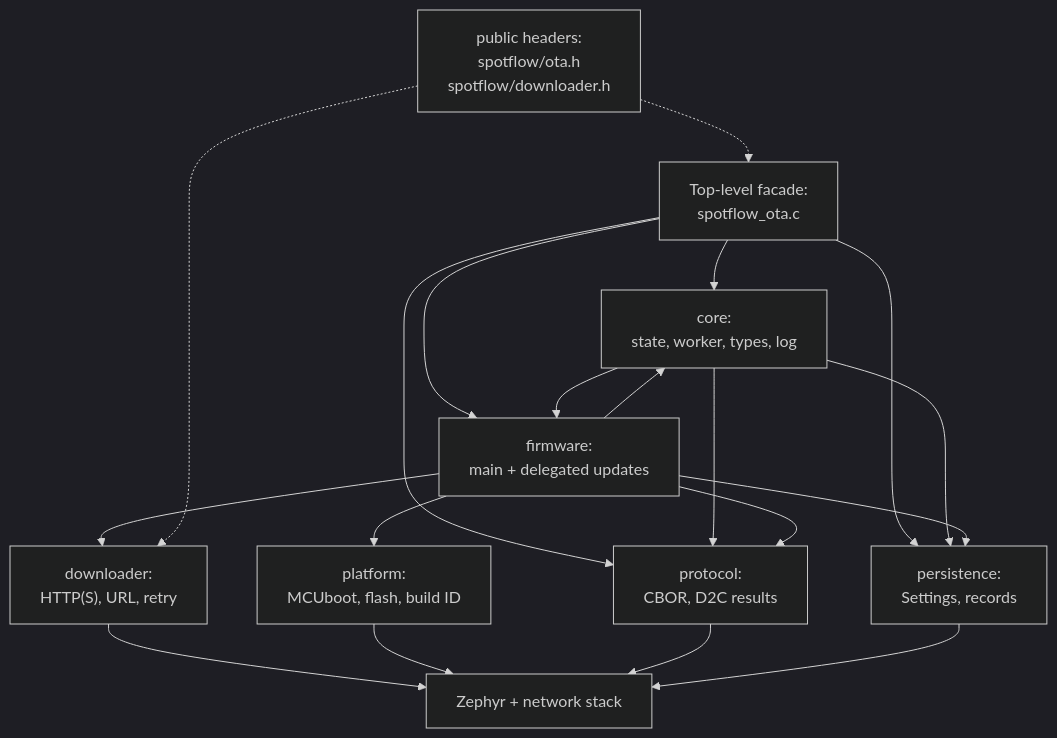
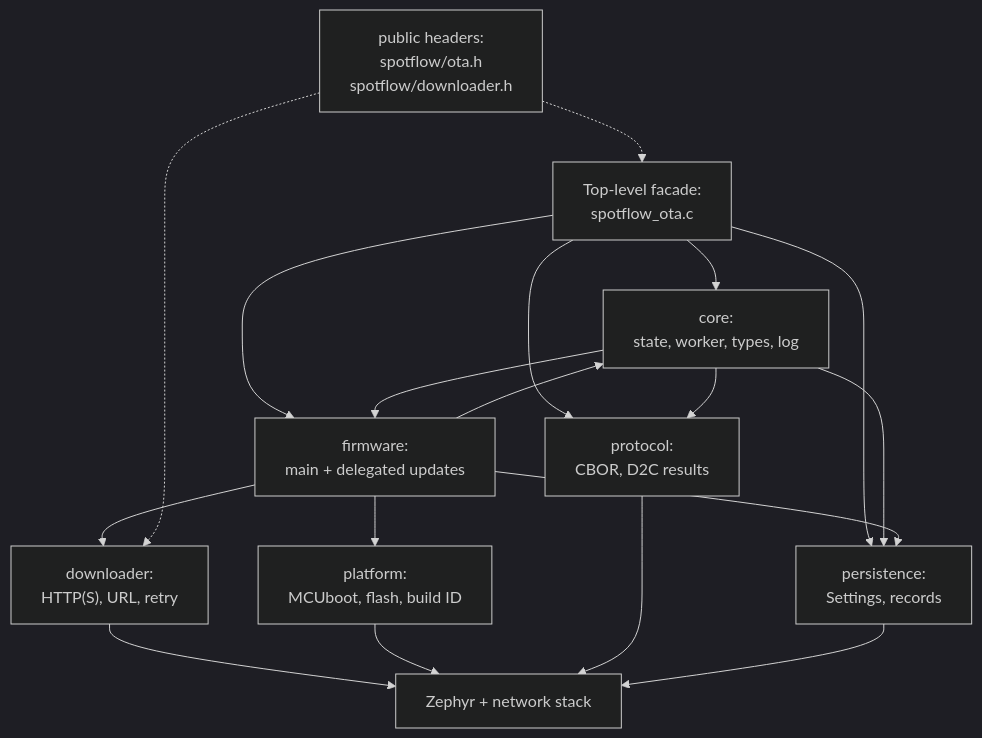
Before and after one commit to spotflow-io/device-sdk: the first of 2 diagrams in zephyr/docs/ota-design.md, drawn with Mermaid (dark theme). The commit also changed other lines of this file and 7 other files, not shown here.

````diff
--- a/zephyr/docs/ota-design.md
+++ b/zephyr/docs/ota-design.md
@@ -22,35 +22,34 @@
 ```mermaid
 flowchart TD
     facade["Top-level facade:\nspotflow_ota.c"]
     core["core:\nstate, worker, types, log"]
     protocol["protocol:\nCBOR, D2C results"]
     persistence["persistence:\nSettings, records"]
     downloader["downloader:\nHTTP(S), URL, retry"]
     firmware["firmware:\nmain + delegated updates"]
     platform["platform:\nMCUboot, flash, build ID"]
     public["public headers:\nspotflow/ota.h\nspotflow/downloader.h"]
     zephyr["Zephyr + network stack"]
 
     facade --> core
     facade --> protocol
     facade --> persistence
     facade --> firmware
 
     core --> protocol
     core --> persistence
     core --> firmware
 
     firmware --> downloader
     firmware --> platform
-    firmware --> protocol
     firmware --> persistence
     firmware --> core
 
     downloader --> zephyr
     platform --> zephyr
     protocol --> zephyr
     persistence --> zephyr
 
     public -.-> facade
     public -.-> downloader
 ```
````
